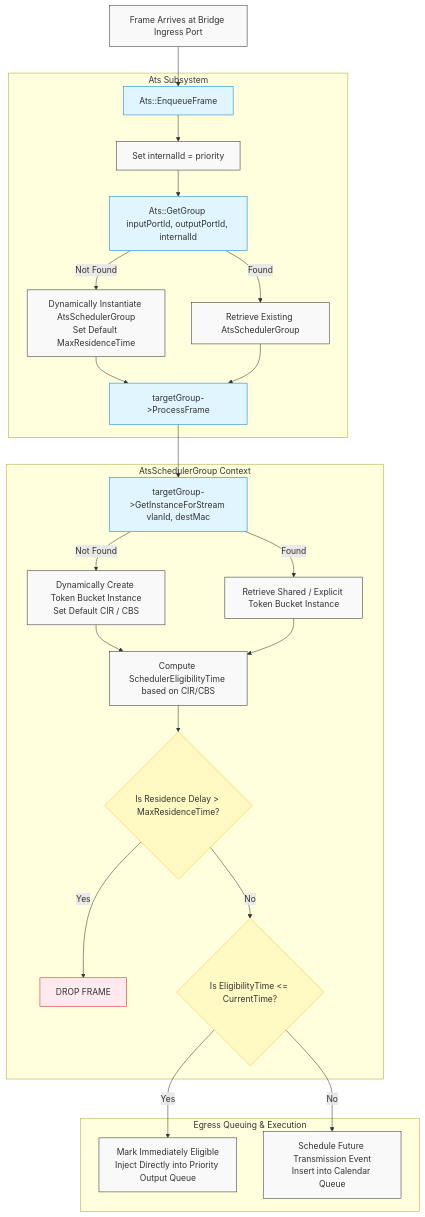
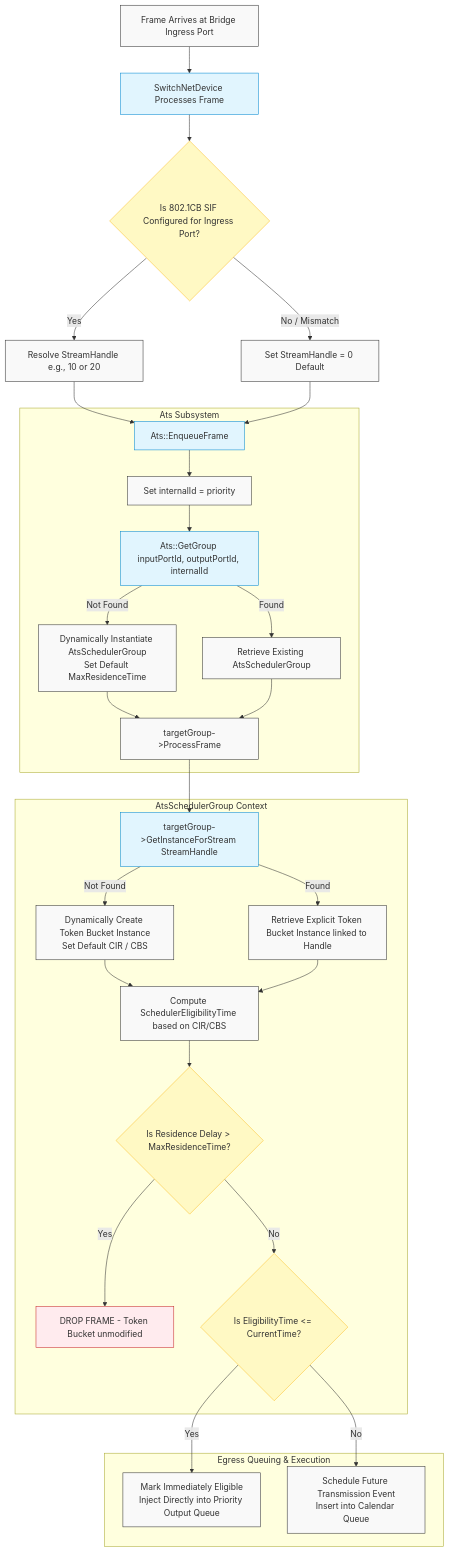
The first of 2 diagrams in docs/03-ats-design.md (athos0x10/ns3-tsn-ats), drawn with Mermaid before and after one commit. The commit also changed other lines of this file, not shown here.

Commit message:
modify: architecture

````diff
--- a/docs/03-ats-design.md
+++ b/docs/03-ats-design.md
@@ -44,42 +42,49 @@
 ```mermaid
 graph TD
     %% Nodes
-    A[Frame Arrives at Bridge Ingress Port] --> B[Ats::EnqueueFrame]
+    A[Frame Arrives at Bridge Ingress Port] --> B[SwitchNetDevice Processes Frame]
+    B --> C{Is 802.1CB SIF Configured for Ingress Port?}
+    
+    C -->|Yes| D[Resolve StreamHandle e.g., 10 or 20]
+    C -->|No / Mismatch| E[Set StreamHandle = 0 Default]
+    
+    D --> F[Ats::EnqueueFrame]
+    E --> F
     
     subgraph AtsEngine [Ats Subsystem]
-        B --> C[Set internalId = priority]
-        C --> D[Ats::GetGroup inputPortId, outputPortId, internalId]
-        D -->|Not Found| E[Dynamically Instantiate AtsSchedulerGroup<br>Set Default MaxResidenceTime]
-        D -->|Found| F[Retrieve Existing AtsSchedulerGroup]
-        E --> G[targetGroup->ProcessFrame]
-        F --> G
+        F --> G[Set internalId = priority]
+        G --> H[Ats::GetGroup inputPortId, outputPortId, internalId]
+        H -->|Not Found| I[Dynamically Instantiate AtsSchedulerGroup<br>Set Default MaxResidenceTime]
+        H -->|Found| J[Retrieve Existing AtsSchedulerGroup]
+        I --> K[targetGroup->ProcessFrame]
+        J --> K
     end
 
     subgraph GroupEngine [AtsSchedulerGroup Context]
-        G --> H[targetGroup->GetInstanceForStream vlanId, destMac]
-        H -->|Not Found| I[Dynamically Create Token Bucket Instance<br>Set Default CIR / CBS]
-        H -->|Found| J[Retrieve Shared / Explicit Token Bucket Instance]
-        I --> K[Compute SchedulerEligibilityTime based on CIR/CBS]
-        J --> K
+        K --> L[targetGroup->GetInstanceForStream StreamHandle]
+        L -->|Not Found| M[Dynamically Create Token Bucket Instance<br>Set Default CIR / CBS]
+        L -->|Found| N[Retrieve Explicit Token Bucket Instance linked to Handle]
+        M --> O[Compute SchedulerEligibilityTime based on CIR/CBS]
+        N --> O
         
-        K --> L{Is Residence Delay > MaxResidenceTime?}
-        L -->|Yes| M[DROP FRAME]
-        L -->|No| N{Is EligibilityTime <= CurrentTime?}
+        O --> P{Is Residence Delay > MaxResidenceTime?}
+        P -->|Yes| Q[DROP FRAME - Token Bucket unmodified]
+        P -->|No| R{Is EligibilityTime <= CurrentTime?}
     end
 
     subgraph Transmission [Egress Queuing & Execution]
-        N -->|Yes| O[Mark Immediately Eligible<br>Inject Directly into Priority Output Queue]
-        N -->|No| P[Schedule Future Transmission Event<br>Insert into Calendar Queue]
+        R -->|Yes| S[Mark Immediately Eligible<br>Inject Directly into Priority Output Queue]
+        R -->|No| T[Schedule Future Transmission Event<br>Insert into Calendar Queue]
     end
 
     %% Styles
     classDef default fill:#f9f9f9,stroke:#333,stroke-width:1px;
     classDef action fill:#e1f5fe,stroke:#0288d1,stroke-width:1px;
     classDef decision fill:#fff9c4,stroke:#fbc02d,stroke-width:1px;
     classDef drop fill:#ffebee,stroke:#c62828,stroke-width:1px;
     
-    class B,D,G,H action;
-    class L,N decision;
-    class M drop;
+    class B,F,H,L action;
+    class C,P,R decision;
+    class Q drop;
 
 ```
````
